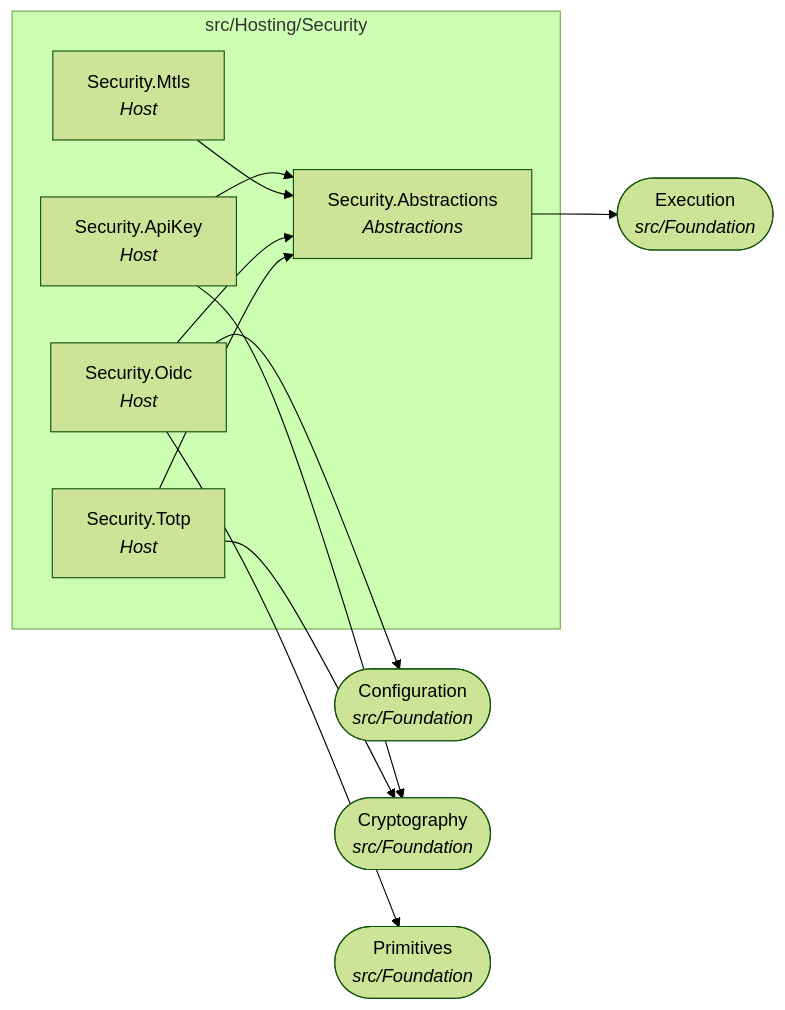
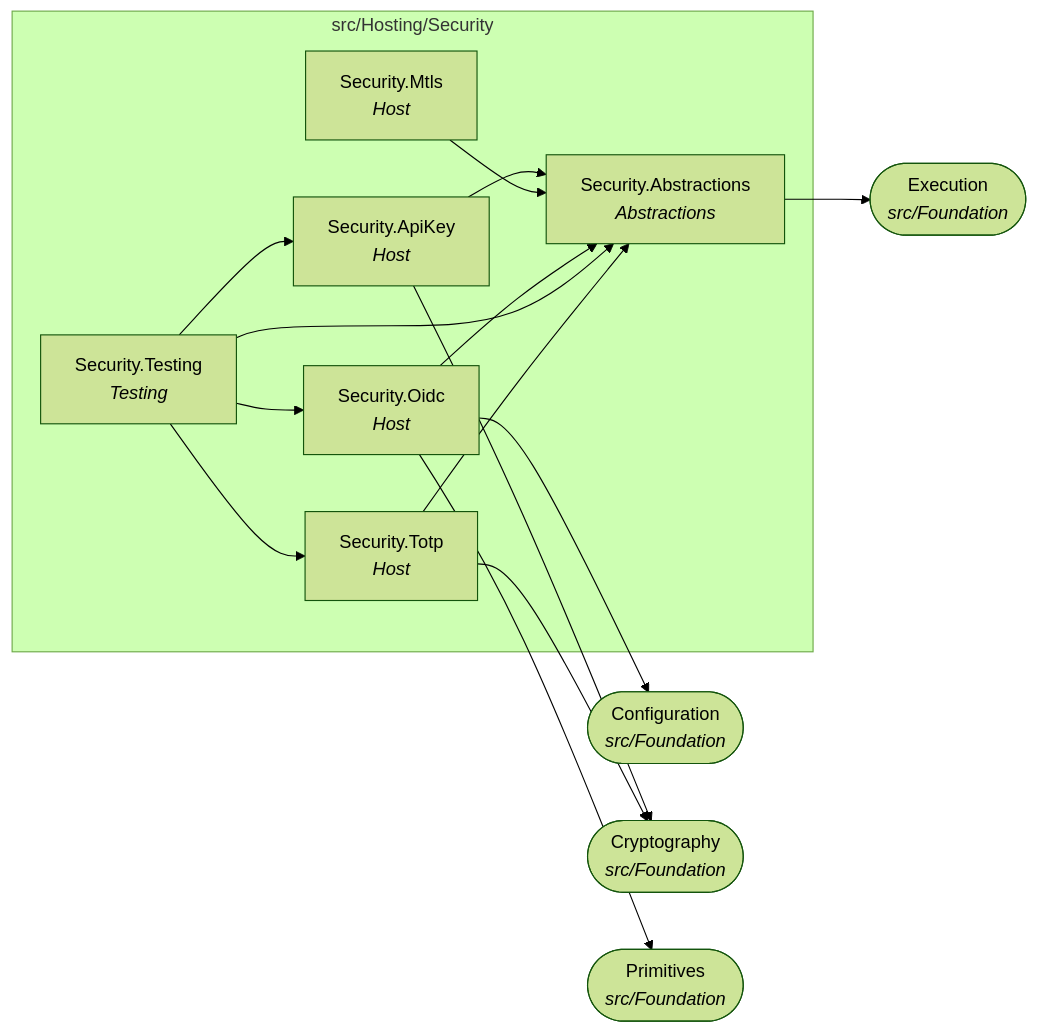
The fifth of 22 diagrams in docs/dependency-graph.md (Gresta-Vertex-Labs/platform-shared-kernel), drawn with Mermaid (forest theme) before and after one commit. The commit also changed other lines of this file and 508 other files, not shown here.

````diff
--- a/docs/dependency-graph.md
+++ b/docs/dependency-graph.md
@@ -212,23 +219,28 @@
 ```mermaid
 flowchart LR
   subgraph folder_src_Hosting_Security["src/Hosting/Security"]
     SharedKernel_Security_Abstractions["Security.Abstractions<br/><i>Abstractions</i>"]
     SharedKernel_Security_ApiKey["Security.ApiKey<br/><i>Host</i>"]
     SharedKernel_Security_Mtls["Security.Mtls<br/><i>Host</i>"]
     SharedKernel_Security_Oidc["Security.Oidc<br/><i>Host</i>"]
+    SharedKernel_Security_Testing["Security.Testing<br/><i>Testing</i>"]
     SharedKernel_Security_Totp["Security.Totp<br/><i>Host</i>"]
   end
   SharedKernel_Configuration(["Configuration<br/><i>src/Foundation</i>"])
   SharedKernel_Cryptography(["Cryptography<br/><i>src/Foundation</i>"])
   SharedKernel_Execution(["Execution<br/><i>src/Foundation</i>"])
   SharedKernel_Primitives(["Primitives<br/><i>src/Foundation</i>"])
   SharedKernel_Security_Abstractions --> SharedKernel_Execution
   SharedKernel_Security_ApiKey --> SharedKernel_Cryptography
   SharedKernel_Security_ApiKey --> SharedKernel_Security_Abstractions
   SharedKernel_Security_Mtls --> SharedKernel_Security_Abstractions
   SharedKernel_Security_Oidc --> SharedKernel_Configuration
   SharedKernel_Security_Oidc --> SharedKernel_Primitives
   SharedKernel_Security_Oidc --> SharedKernel_Security_Abstractions
+  SharedKernel_Security_Testing --> SharedKernel_Security_Abstractions
+  SharedKernel_Security_Testing --> SharedKernel_Security_ApiKey
+  SharedKernel_Security_Testing --> SharedKernel_Security_Oidc
+  SharedKernel_Security_Testing --> SharedKernel_Security_Totp
   SharedKernel_Security_Totp --> SharedKernel_Cryptography
   SharedKernel_Security_Totp --> SharedKernel_Security_Abstractions
 ```
````
